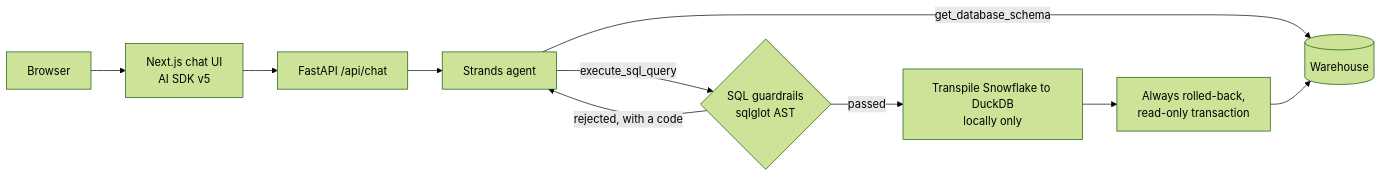
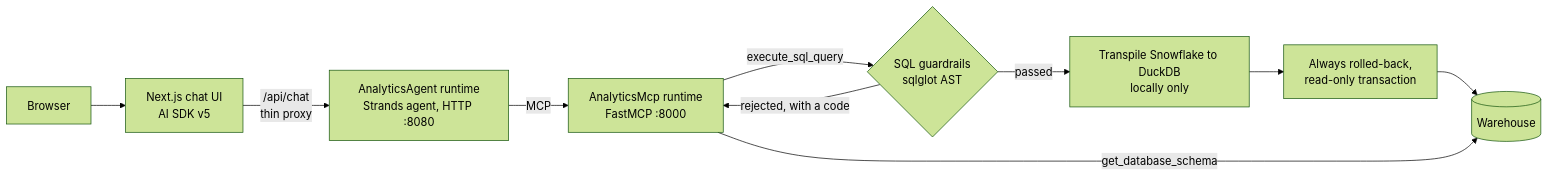
The diagram in README.md (evelindsayyy/lumina_reach_analytics_agent-project), drawn with Mermaid (forest theme) before and after one commit. The commit also changed other lines of this file and 6 other files, not shown here.

First line of the commit message:
docs: describe the agent and MCP runtimes and the three-process dev stack

````diff
--- a/README.md
+++ b/README.md
@@ -16,12 +16,12 @@
 ```mermaid
 flowchart LR
     U[Browser] --> N[Next.js chat UI<br/>AI SDK v5]
-    N --> F[FastAPI /api/chat]
-    F --> A[Strands agent]
-    A -- get_database_schema --> W[(Warehouse)]
-    A -- execute_sql_query --> G{SQL guardrails<br/>sqlglot AST}
-    G -- rejected, with a code --> A
+    N -- /api/chat<br/>thin proxy --> A[AnalyticsAgent runtime<br/>Strands agent, HTTP :8080]
+    A -- MCP --> M[AnalyticsMcp runtime<br/>FastMCP :8000]
+    M -- execute_sql_query --> G{SQL guardrails<br/>sqlglot AST}
+    G -- rejected, with a code --> M
     G -- passed --> T[Transpile Snowflake to DuckDB<br/>locally only]
     T --> R[Always rolled-back,<br/>read-only transaction]
-    R --> W
+    R --> W[(Warehouse)]
+    M -- get_database_schema --> W
 ```
````
